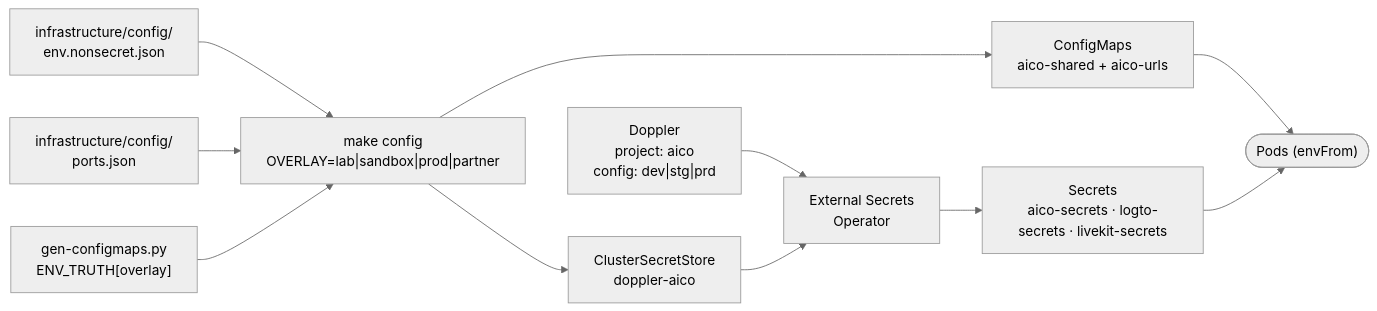
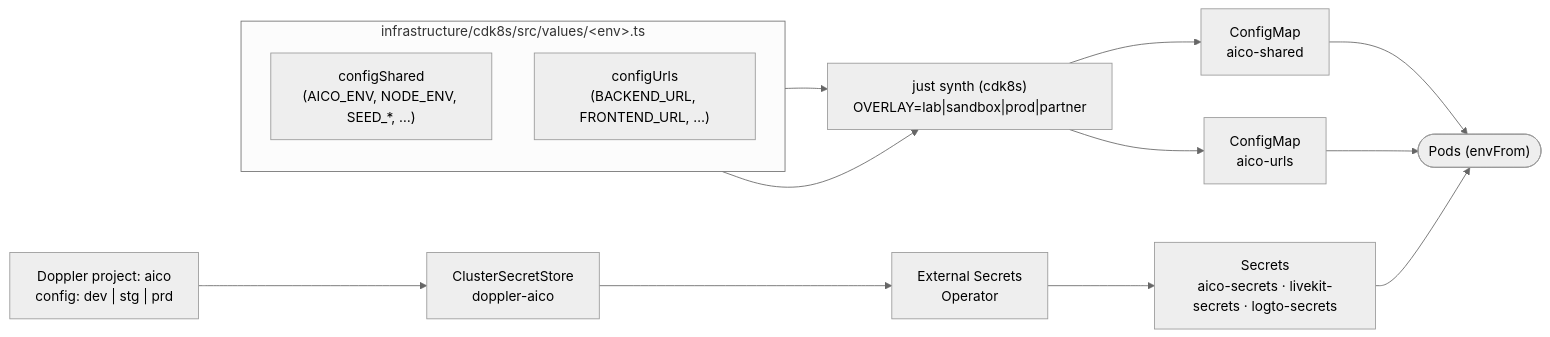
Before and after one commit to Aico-Systems/docs: the third of 3 diagrams in platform/architecture.mdx, drawn with Mermaid (neutral theme). The commit also changed other lines of this file and 2 other files, not shown here.

Commit message:
docs(platform): enhance architecture and deployment documentation with configuration pipeline details and GPU support

````diff
--- a/platform/architecture.mdx
+++ b/platform/architecture.mdx
@@ -183,13 +188,27 @@
 ```mermaid
 flowchart LR
-    D["Doppler<br/>project: aico<br/>config: dev|stg|prd"] --> ESO["External Secrets<br/>Operator"]
-    NS["infrastructure/config/<br/>env.nonsecret.json"] --> GEN
-    PJ["infrastructure/config/<br/>ports.json"] --> GEN
-    ET["gen-configmaps.py<br/>ENV_TRUTH[overlay]"] --> GEN
-    GEN["make config<br/>OVERLAY=lab|sandbox|prod|partner"] --> CM["ConfigMaps<br/>aico-shared + aico-urls"]
-    GEN --> CSS["ClusterSecretStore<br/>doppler-aico"]
-    CSS --> ESO
-    ESO --> SEC["Secrets<br/>aico-secrets · logto-secrets · livekit-secrets"]
-    CM --> POD(["Pods (envFrom)"])
+    subgraph TS["infrastructure/cdk8s/src/values/&lt;env&gt;.ts"]
+        direction TB
+        CSH["configShared<br/>(AICO_ENV, NODE_ENV, SEED_*, …)"]
+        CURL["configUrls<br/>(BACKEND_URL, FRONTEND_URL, …)"]
+    end
+    SYNTH["just synth (cdk8s)<br/>OVERLAY=lab|sandbox|prod|partner"]
+    CM_S["ConfigMap<br/>aico-shared"]
+    CM_U["ConfigMap<br/>aico-urls"]
+
+    DOP["Doppler project: aico<br/>config: dev | stg | prd"]
+    CSS["ClusterSecretStore<br/>doppler-aico"]
+    ESO["External Secrets<br/>Operator"]
+    SEC["Secrets<br/>aico-secrets · livekit-secrets · logto-secrets"]
+
+    POD(["Pods (envFrom)"])
+
+    CSH --> SYNTH
+    CURL --> SYNTH
+    SYNTH --> CM_S
+    SYNTH --> CM_U
+    DOP --> CSS --> ESO --> SEC
+    CM_S --> POD
+    CM_U --> POD
     SEC --> POD
 ```
````
